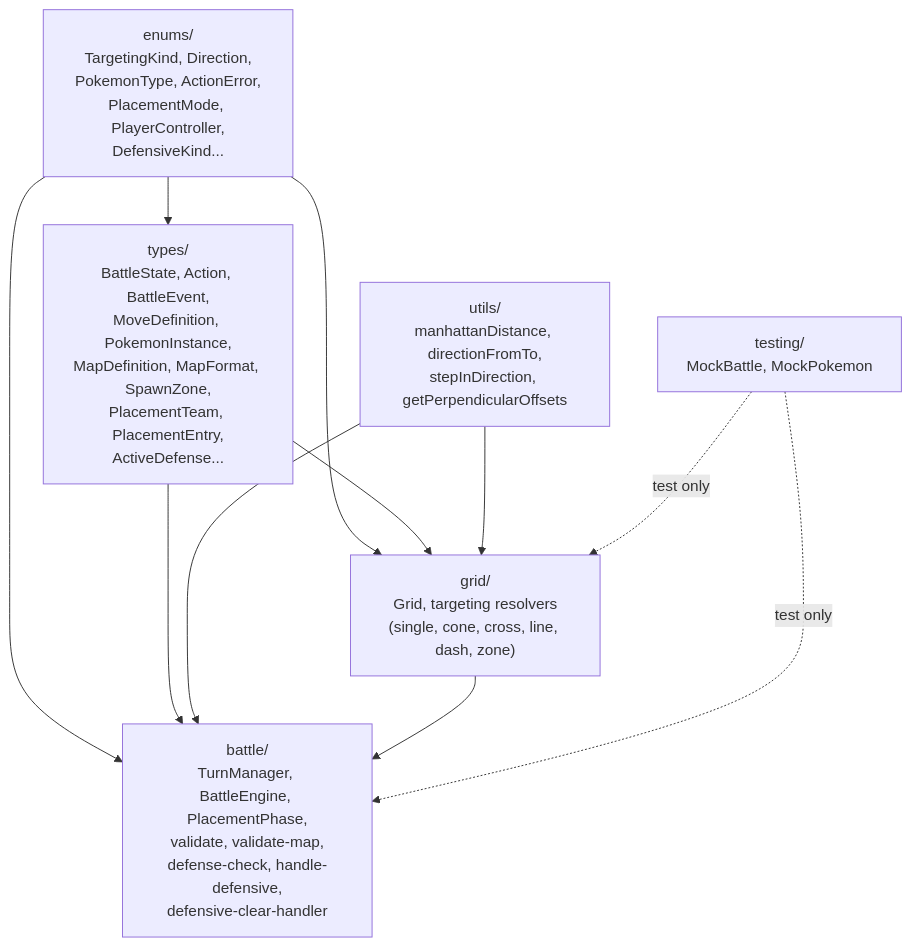
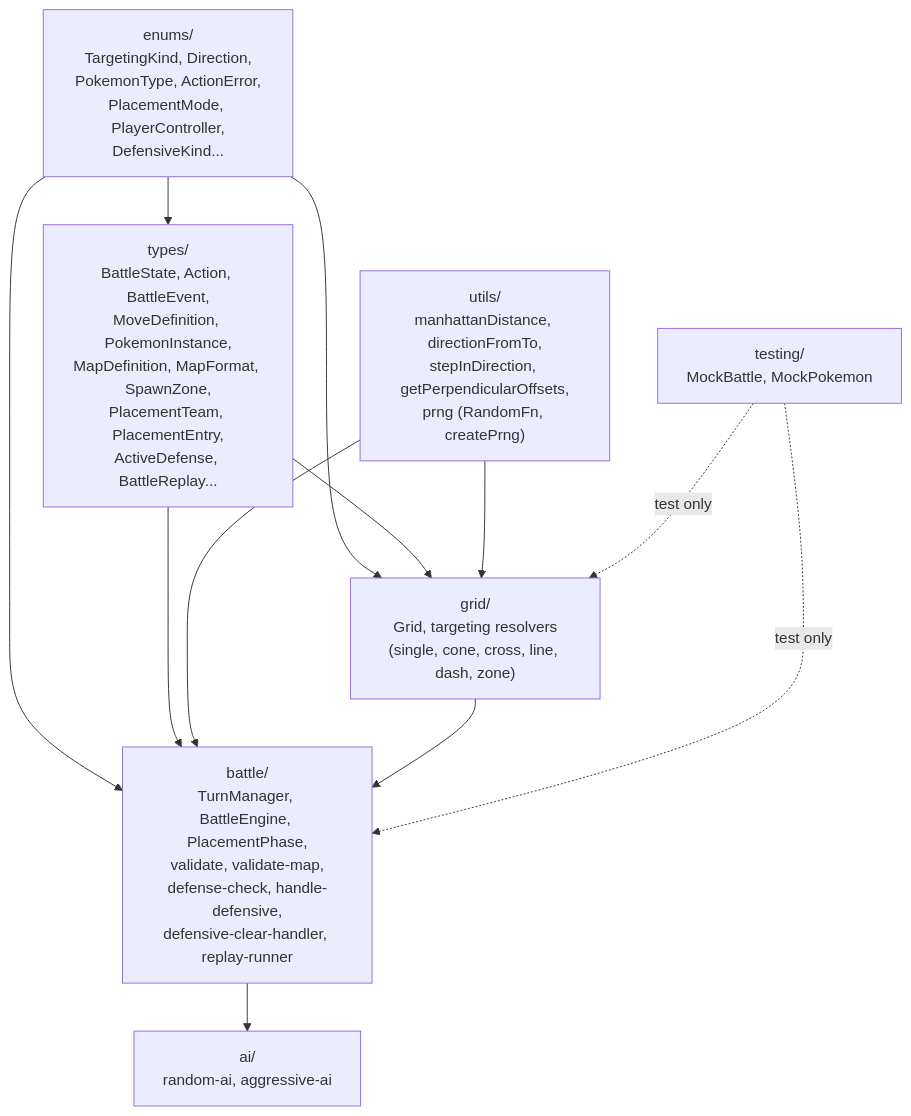
The second of 4 diagrams in docs/architecture.md (kekel87/pokemon-tactics), drawn with Mermaid before and after one commit. The commit also changed other lines of this file and 32 other files, not shown here.

Commit message:
feat(core): add deterministic replay system with seeded PRNG and aggressive AI (plan 028)

````diff
--- a/docs/architecture.md
+++ b/docs/architecture.md
@@ -154,20 +159,22 @@
 ```mermaid
 graph TD
     enums["enums/<br/>TargetingKind, Direction,<br/>PokemonType, ActionError,<br/>PlacementMode, PlayerController,<br/>DefensiveKind..."]
-    types["types/<br/>BattleState, Action, BattleEvent,<br/>MoveDefinition, PokemonInstance,<br/>MapDefinition, MapFormat, SpawnZone,<br/>PlacementTeam, PlacementEntry,<br/>ActiveDefense..."]
-    utils["utils/<br/>manhattanDistance, directionFromTo,<br/>stepInDirection, getPerpendicularOffsets"]
+    types["types/<br/>BattleState, Action, BattleEvent,<br/>MoveDefinition, PokemonInstance,<br/>MapDefinition, MapFormat, SpawnZone,<br/>PlacementTeam, PlacementEntry,<br/>ActiveDefense, BattleReplay..."]
+    utils["utils/<br/>manhattanDistance, directionFromTo,<br/>stepInDirection, getPerpendicularOffsets,<br/>prng (RandomFn, createPrng)"]
     grid["grid/<br/>Grid, targeting resolvers<br/>(single, cone, cross, line, dash, zone)"]
-    battle["battle/<br/>TurnManager, BattleEngine, PlacementPhase,<br/>validate, validate-map,<br/>defense-check, handle-defensive,<br/>defensive-clear-handler"]
+    battle["battle/<br/>TurnManager, BattleEngine, PlacementPhase,<br/>validate, validate-map,<br/>defense-check, handle-defensive,<br/>defensive-clear-handler, replay-runner"]
+    ai["ai/<br/>random-ai, aggressive-ai"]
     testing["testing/<br/>MockBattle, MockPokemon"]
 
     enums --> types
     enums --> grid
     enums --> battle
     types --> grid
     types --> battle
     utils --> grid
     utils --> battle
     grid --> battle
+    battle --> ai
     testing -.->|test only| battle
     testing -.->|test only| grid
 ```
````
